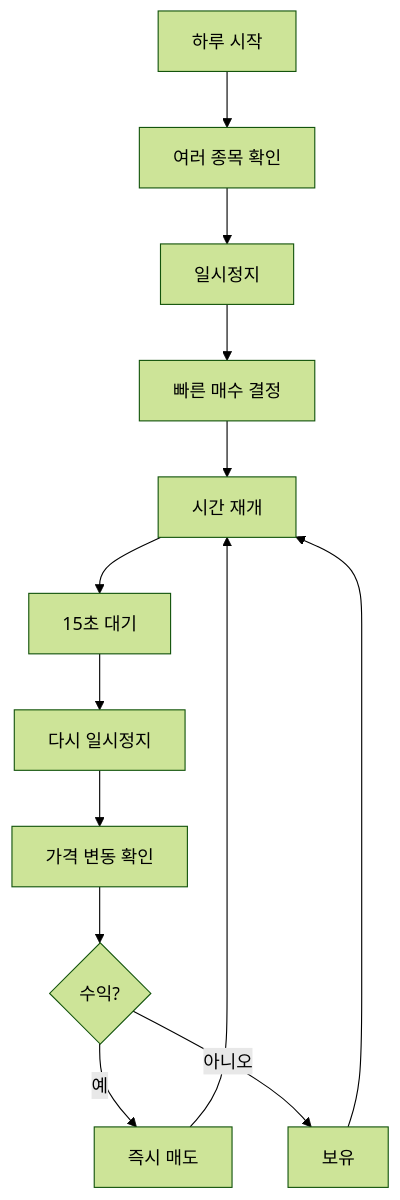
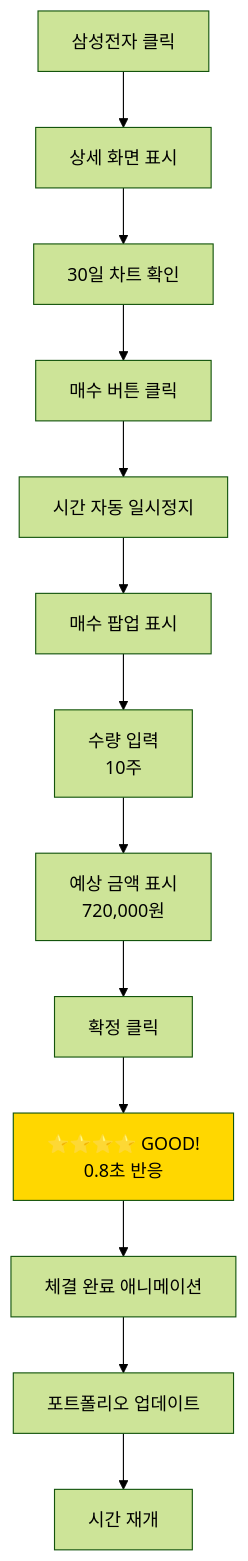
Before and after one commit to Collegenie-X/stock_simulation: the third of 5 diagrams in document/user_scenarios.md, drawn with Mermaid (forest theme). The commit also changed other lines of this file and 7 other files, not shown here.

````diff
--- a/document/user_scenarios.md
+++ b/document/user_scenarios.md
@@ -188,15 +400,19 @@
 ```mermaid
 flowchart TD
-    A[하루 시작] --> B[여러 종목 확인]
-    B --> C[일시정지]
-    C --> D[빠른 매수 결정]
-    D --> E[시간 재개]
-    E --> F[15초 대기]
-    F --> G[다시 일시정지]
-    G --> H[가격 변동 확인]
-    H --> I{수익?}
-    I -->|예| J[즉시 매도]
-    I -->|아니오| K[보유]
-    J --> E
-    K --> E
+    A[삼성전자 클릭] --> B[상세 화면 표시]
+    B --> C[30일 차트 확인]
+    C --> D[매수 버튼 클릭]
+    D --> E[시간 자동 일시정지]
+    E --> F[매수 팝업 표시]
+    
+    F --> G[수량 입력<br/>10주]
+    G --> H[예상 금액 표시<br/>720,000원]
+    H --> I[확정 클릭]
+    
+    I --> J[⭐⭐⭐⭐ GOOD!<br/>0.8초 반응]
+    J --> K[체결 완료 애니메이션]
+    K --> L[포트폴리오 업데이트]
+    L --> M[시간 재개]
+    
+    style J fill:#ffd700
 ```
````
